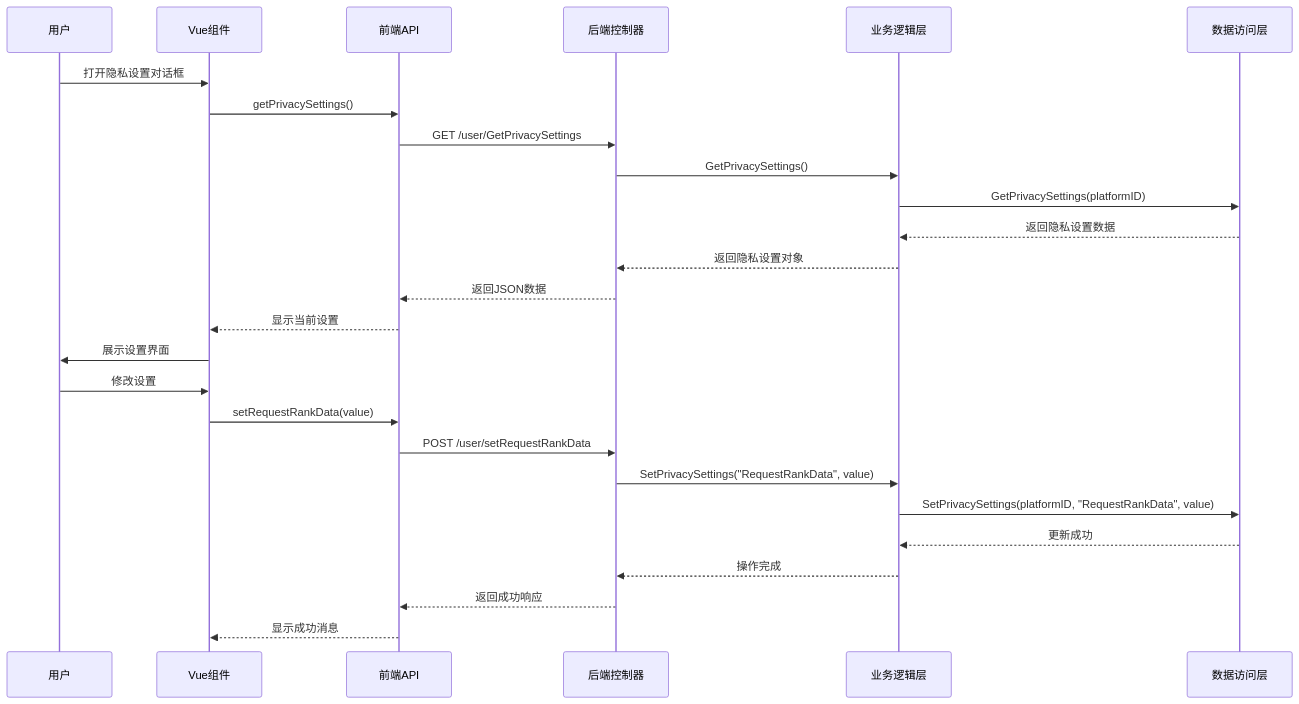
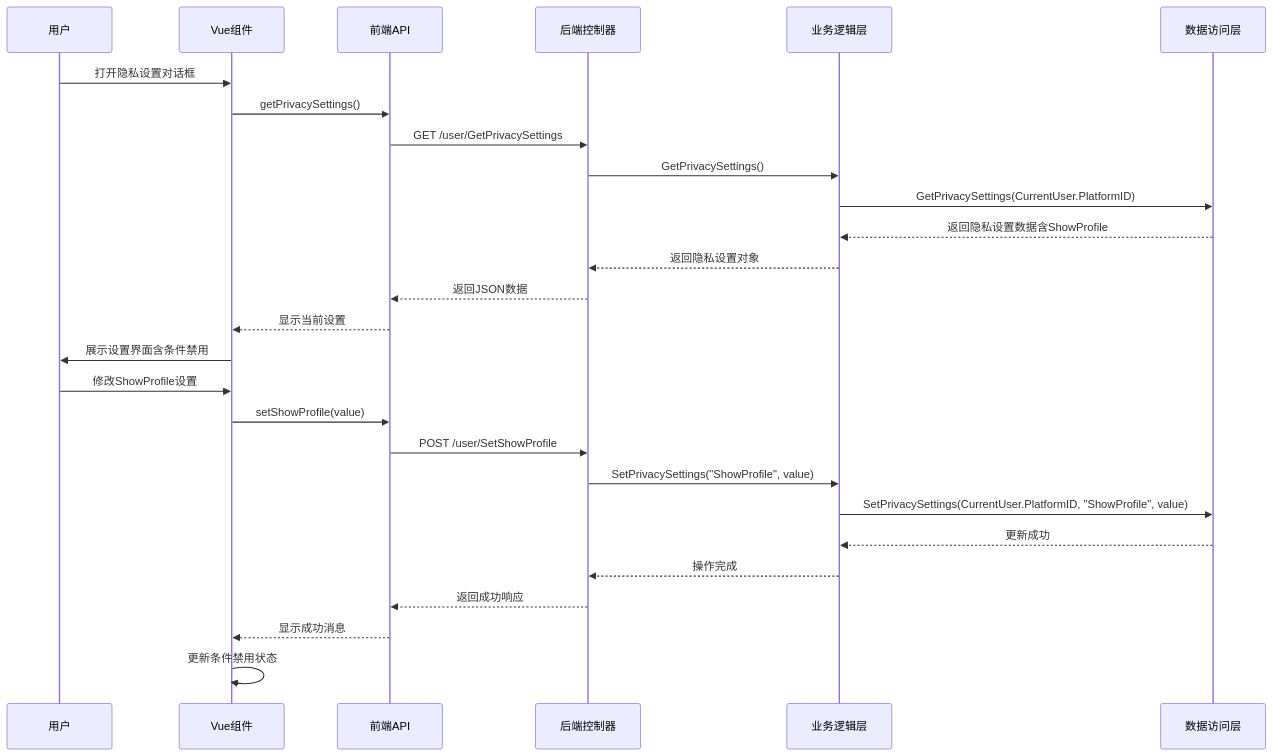
Before and after one commit to TinyMaD/SpeedRunnersLab: the fourth of 14 diagrams in .qoder/repowiki/zh/content/后端 API 服务/用户管理模块/隐私设置管理.md, drawn with Mermaid. The commit also changed other lines of this file and 29 other files, not shown here.

````diff
--- a/.qoder/repowiki/zh/content/后端 API 服务/用户管理模块/隐私设置管理.md
+++ b/.qoder/repowiki/zh/content/后端 API 服务/用户管理模块/隐私设置管理.md
@@ -127,28 +173,29 @@
 ```mermaid
 sequenceDiagram
 participant User as 用户
 participant Vue as Vue组件
 participant API as 前端API
 participant Controller as 后端控制器
 participant BLL as 业务逻辑层
 participant DAL as 数据访问层
 User->>Vue : 打开隐私设置对话框
 Vue->>API : getPrivacySettings()
 API->>Controller : GET /user/GetPrivacySettings
 Controller->>BLL : GetPrivacySettings()
-BLL->>DAL : GetPrivacySettings(platformID)
-DAL-->>BLL : 返回隐私设置数据
+BLL->>DAL : GetPrivacySettings(CurrentUser.PlatformID)
+DAL-->>BLL : 返回隐私设置数据含ShowProfile
 BLL-->>Controller : 返回隐私设置对象
 Controller-->>API : 返回JSON数据
 API-->>Vue : 显示当前设置
-Vue->>User : 展示设置界面
-User->>Vue : 修改设置
-Vue->>API : setRequestRankData(value)
-API->>Controller : POST /user/setRequestRankData
-Controller->>BLL : SetPrivacySettings("RequestRankData", value)
-BLL->>DAL : SetPrivacySettings(platformID, "RequestRankData", value)
+Vue->>User : 展示设置界面含条件禁用
+User->>Vue : 修改ShowProfile设置
+Vue->>API : setShowProfile(value)
+API->>Controller : POST /user/SetShowProfile
+Controller->>BLL : SetPrivacySettings("ShowProfile", value)
+BLL->>DAL : SetPrivacySettings(CurrentUser.PlatformID, "ShowProfile", value)
 DAL-->>BLL : 更新成功
 BLL-->>Controller : 操作完成
 Controller-->>API : 返回成功响应
 API-->>Vue : 显示成功消息
+Vue->>Vue : 更新条件禁用状态
 ```
````
